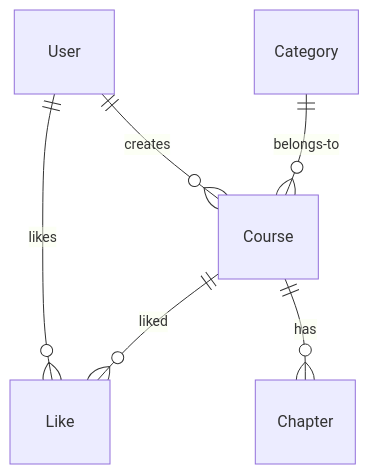
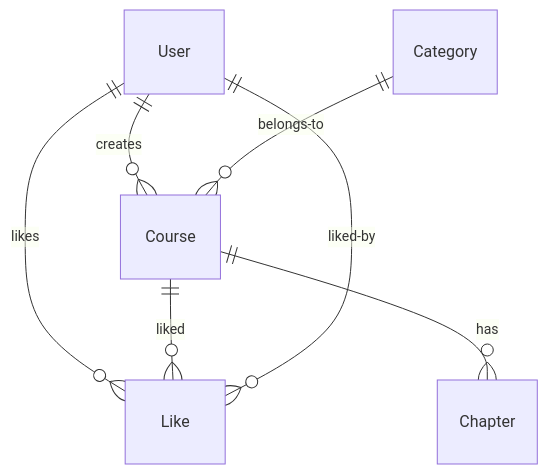
Before and after one commit to Cha0f/clwy_api: the diagram in README.md, drawn with Mermaid. The commit also changed other lines of this file and 7 other files, not shown here.

````diff
--- a/README.md
+++ b/README.md
@@ -301,8 +405,9 @@
 ```mermaid
 erDiagram
     User ||--o{ Like : likes
     User ||--o{ Course : creates
     Category ||--o{ Course : belongs-to
     Course ||--o{ Chapter : has
     Course ||--o{ Like : liked
+    User ||--o{ Like : liked-by
 ```
````
